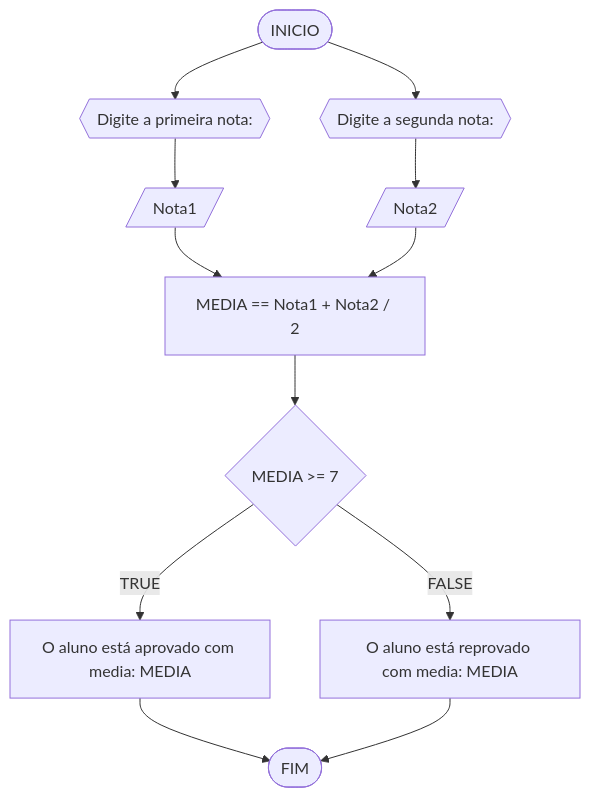
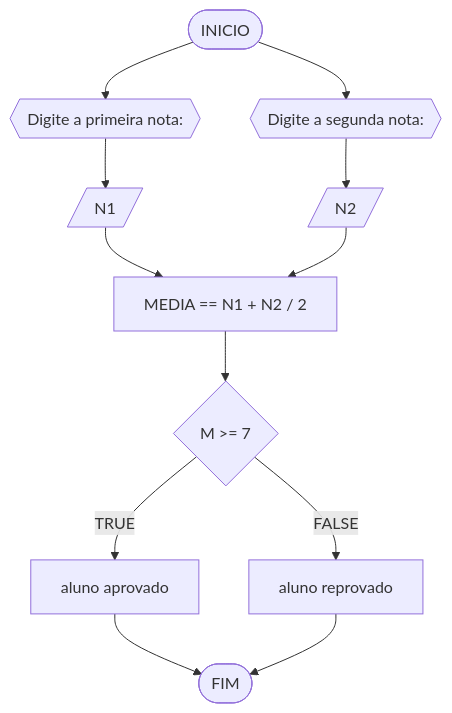
The fourth of 6 diagrams in RLA/Unidade1/Resolução_lista1.md (Kremmydi/unifor), drawn with Mermaid before and after one commit. The commit also changed other lines of this file, not shown here.

````diff
--- a/RLA/Unidade1/Resolução_lista1.md
+++ b/RLA/Unidade1/Resolução_lista1.md
@@ -92,15 +92,15 @@
 ```mermaid
 flowchart TD
 A([INICIO]) --> B{{Digite a primeira nota: }}
-B --> C[/Nota1/]
+B --> C[/N1/]
 A --> D{{Digite a segunda nota: }}
-D --> E[/Nota2/]
-C --> F[MEDIA == Nota1 + Nota2 / 2]
+D --> E[/N2/]
+C --> F[MEDIA == N1 + N2 / 2]
 E --> F
-F --> G{MEDIA >= 7}
-G --TRUE--> H[O aluno está aprovado com media: MEDIA]
-G --FALSE--> I[O aluno está reprovado com media: MEDIA]
+F --> G{M >= 7}
+G --TRUE--> H[aluno aprovado]
+G --FALSE--> I[aluno reprovado]
 H --> J([FIM])
 I --> J
 
 ```  
````
